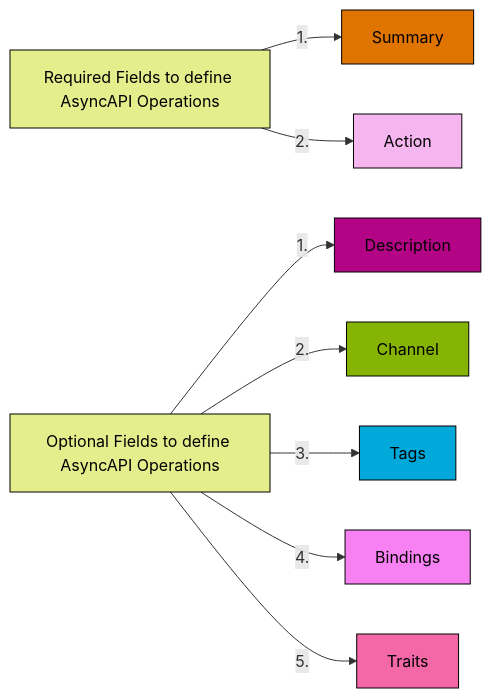
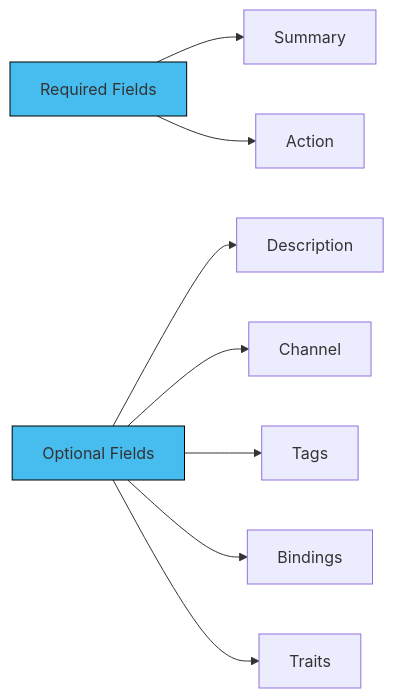
Before and after one commit to asyncapi/website: the diagram in pages/docs/concepts/asyncapi-document/adding-operations.md, drawn with Mermaid.

Commit message:
updated mermaid diagram to align with the style guide

````diff
--- a/pages/docs/concepts/asyncapi-document/adding-operations.md
+++ b/pages/docs/concepts/asyncapi-document/adding-operations.md
@@ -23,33 +23,23 @@
 ```mermaid
 graph LR
-A[Required Fields to define AsyncAPI Operations]
+A[Required Fields]
 B[Summary]
 C[Action]
-D[Optional Fields to define AsyncAPI Operations]
+D[Optional Fields]
 E[Description]
 F[Channel]
 G[Tags]
 H[Bindings]
 I[Traits]
 
-A -->|1.| B
-A -->|2.| C
-D --> |1.| E
-D --> |2.| F
-D --> |3.| G
-D --> |4.| H
-D --> |5.| I
+A --> B
+A --> C
+D --> E
+D --> F
+D --> G
+D --> H
+D --> I
 
-style A fill:#E5EE8C,stroke:#000
-style B fill:#DF7401,stroke:#000
-style C fill:#F5B5EF,stroke:#000
-style D fill:#E5EE8C,stroke:#000
-style E fill:#B40486,stroke:#000
-style F fill:#86B404,stroke:#000
-style G fill:#01A9DB,stroke:#000
-style H fill:#F781F3,stroke:#000
-style I fill:#F568A8,stroke:#000
-
-classDef labelStyle color:#000000;
-    class A,B,C,D,E,F,G,H,I labelStyle;
+style A fill:#47BCEE,stroke:#000;
+style D fill:#47BCEE,stroke:#000
 ```
````
